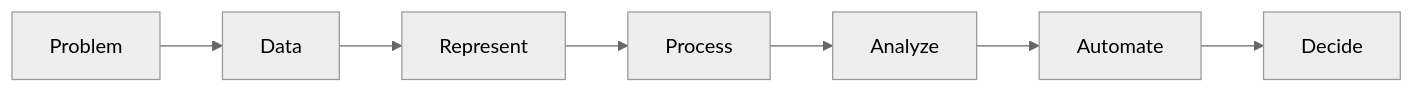
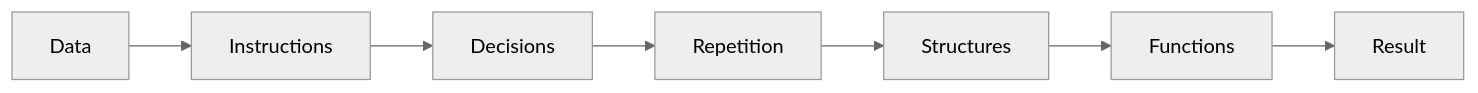
One commit to DIALVEBE/DataScienceProgramming changed the first of 11 diagrams in sessions/session-01_en.md. Above: the diagram before and after it, drawn with Mermaid (neutral theme). The commit also changed other lines of this file and 9 other files, not shown here.

````diff
--- a/sessions/session-01_en.md
+++ b/sessions/session-01_en.md
@@ -51,9 +16,9 @@
 ```mermaid
 flowchart LR
-    A[Problem] --> B[Data]
-    B --> C[Represent]
-    C --> D[Process]
-    D --> E[Analyze]
-    E --> F[Automate]
-    F --> G[Decide]
+    A[Data] --> B[Instructions]
+    B --> C[Decisions]
+    C --> D[Repetition]
+    D --> E[Structures]
+    E --> F[Functions]
+    F --> G[Result]
 ```
````
